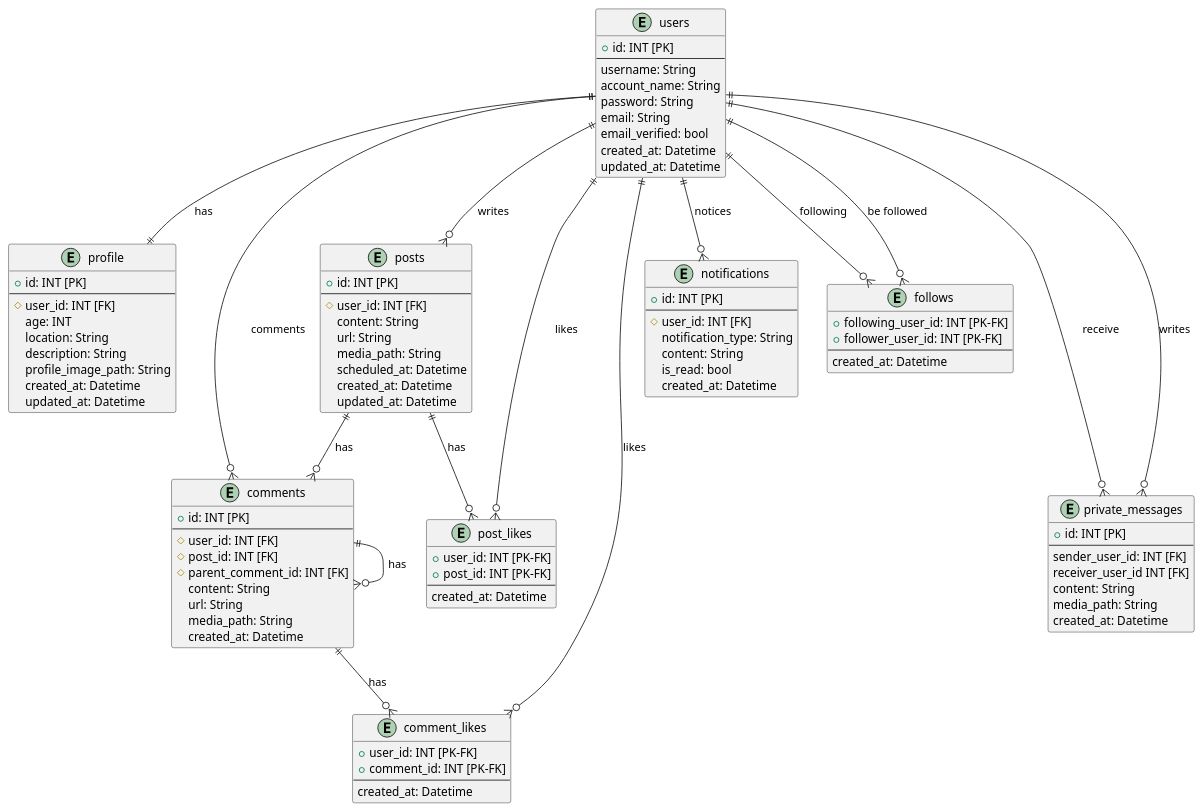
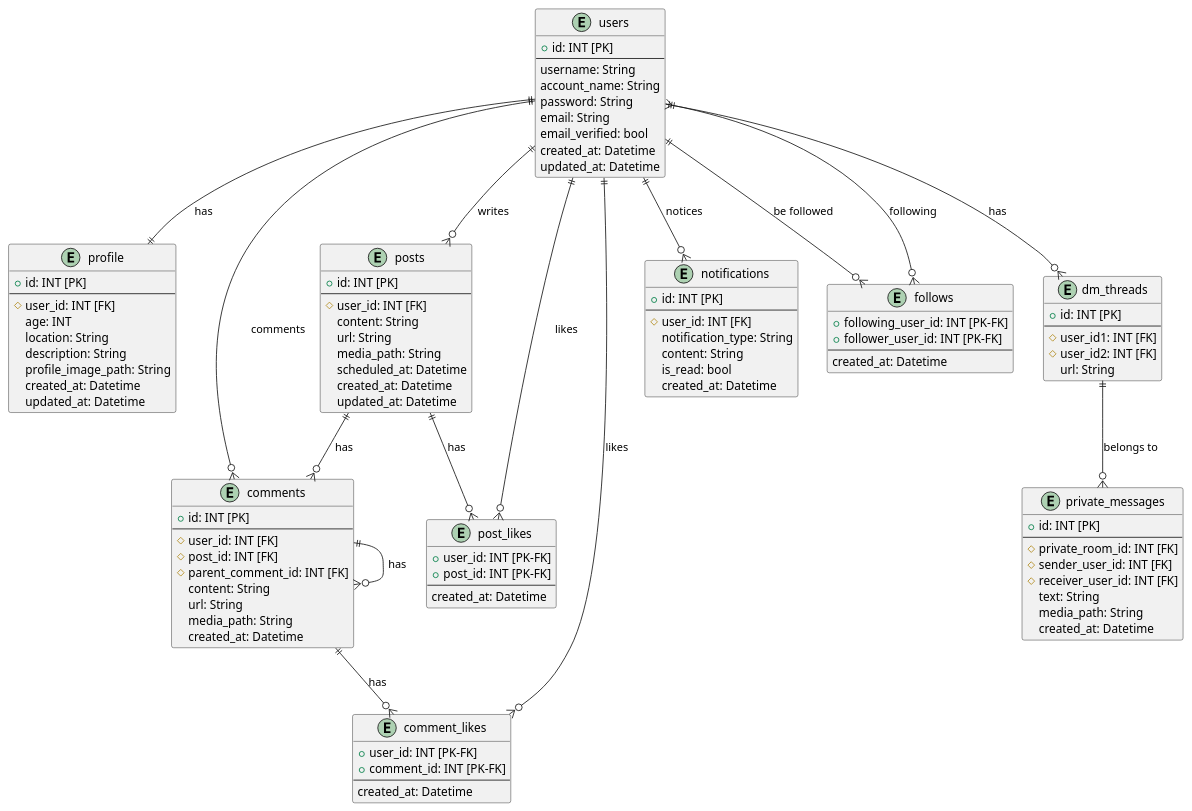
The diagram in diagrams/er/er.pu (AkinoJoey/SocialNetworkingService), drawn with PlantUML before and after one commit.

Commit message:
dm_threadsを追加、private_messagesを修正

```diff
--- a/diagrams/er/er.pu
+++ b/diagrams/er/er.pu
@@ -1,108 +1,117 @@
 @startuml er
 
 Entity users{
     + id: INT [PK]
     --
     username: String
     account_name: String
     password: String
     email: String
     email_verified: bool
     created_at: Datetime
     updated_at: Datetime
 }
 
 Entity profile{
     + id: INT [PK]
     --
     # user_id: INT [FK]
     age: INT
     location: String
     description: String
     profile_image_path: String
     created_at: Datetime
     updated_at: Datetime
 }
 
 Entity posts{
     + id: INT [PK]
     --
     # user_id: INT [FK]
     content: String
     url: String
     media_path: String
     scheduled_at: Datetime
     created_at: Datetime
     updated_at: Datetime
 }
 
 Entity comments{
     + id: INT [PK]
     --
     # user_id: INT [FK]
     # post_id: INT [FK]
     # parent_comment_id: INT [FK]
     content: String
     url: String
     media_path: String
     created_at: Datetime
 }
 
 Entity post_likes{
     + user_id: INT [PK-FK]
     + post_id: INT [PK-FK]
     --
     created_at: Datetime
 }
 
 Entity comment_likes{
     + user_id: INT [PK-FK]
     + comment_id: INT [PK-FK]
     --
     created_at: Datetime
 }
 
 Entity notifications{
     + id: INT [PK]
     --
     # user_id: INT [FK]
     notification_type: String
     content: String
     is_read: bool
     created_at: Datetime
 }
 
 Entity follows{
     + following_user_id: INT [PK-FK]
     + follower_user_id: INT [PK-FK]
     --
     created_at: Datetime
 }
 
+Entity dm_threads{
+    + id: INT [PK]
+    --
+    # user_id1: INT [FK]
+    # user_id2: INT [FK]
+    url: String
+}
+
 Entity private_messages{
     + id: INT [PK]
     --
-    sender_user_id: INT [FK]
-    receiver_user_id INT [FK]
-    content: String
+    # private_room_id: INT [FK]
+    # sender_user_id: INT [FK]
+    # receiver_user_id: INT [FK]
+    text: String
     media_path: String
     created_at: Datetime
 }
 
 
 users ||--o{ posts: writes
 users ||--o{ comments: comments
 posts ||--o{ comments: has
 posts ||--o{ post_likes: has
 comments ||--o{ comment_likes: has
 comments ||--o{ comments: has
 users ||--o{ follows: following
 users ||--o{ follows: be followed
-users ||---o{ private_messages: writes
-users ||---o{ private_messages: receive
 users ||--o{ notifications: notices
 users ||--o{ post_likes: likes
 users ||--o{ comment_likes: likes
 users ||--|| profile: has
+users }|--o{ dm_threads: has
+dm_threads ||--o{ private_messages: belongs to 
 
 @enduml
```
